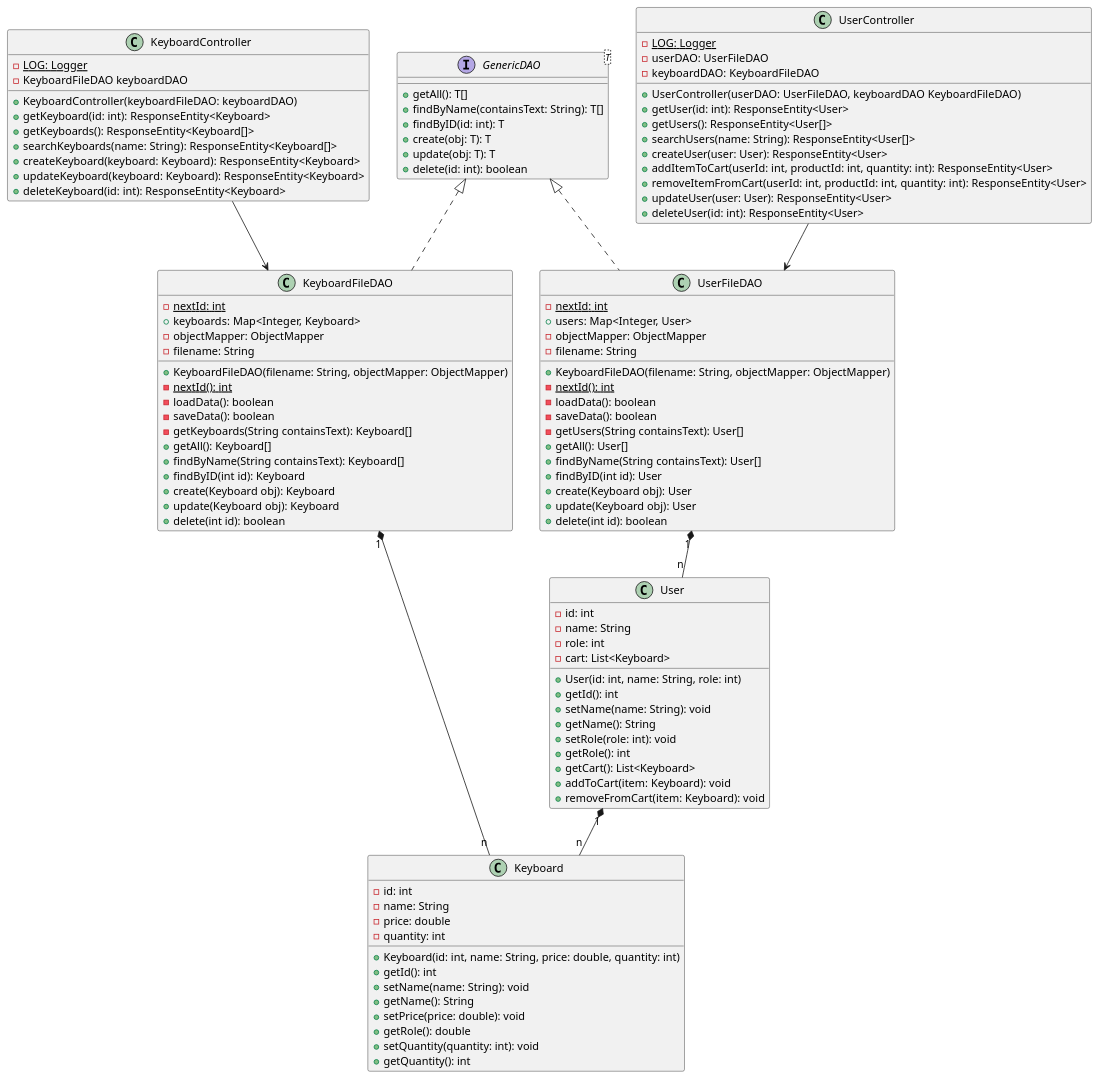
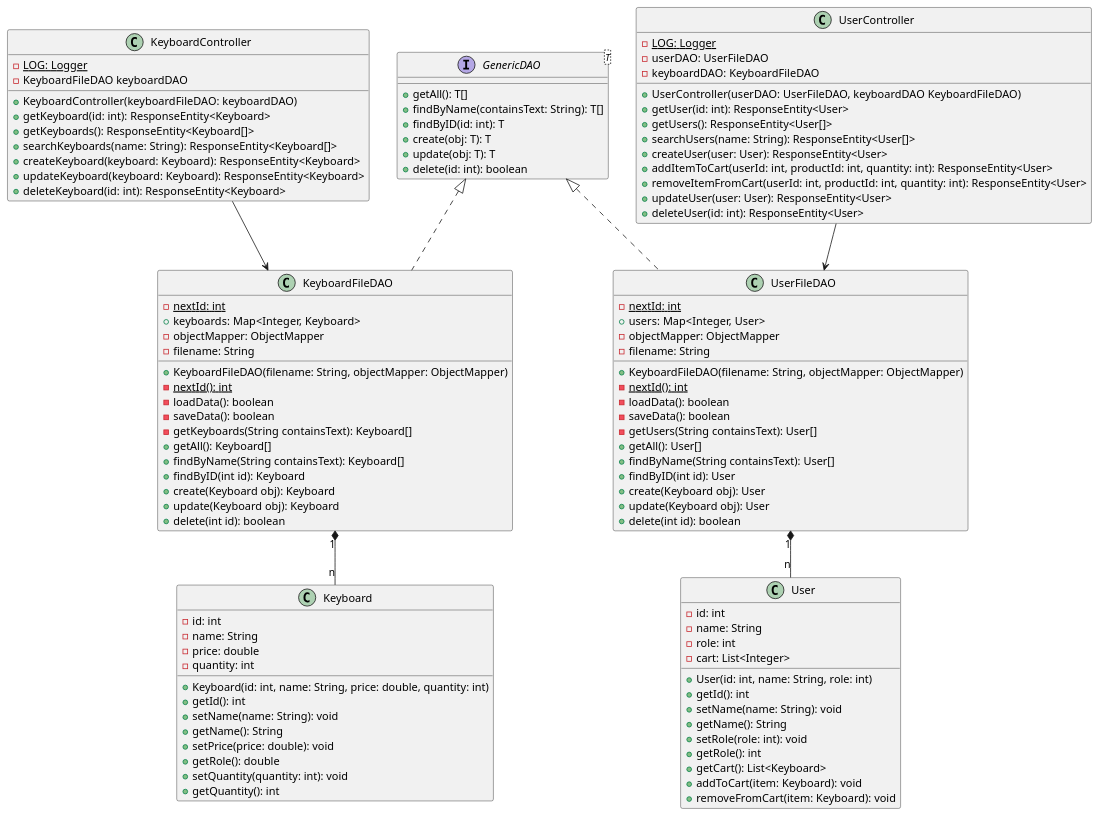
One commit to archturtle/swen261 changed the diagram in docs/diagrams/view_model_classes.puml. Above: the diagram before and after it, drawn with PlantUML. The commit also changed 5 other files, not shown here.

```diff
--- a/docs/diagrams/view_model_classes.puml
+++ b/docs/diagrams/view_model_classes.puml
@@ -1,117 +1,116 @@
-@startuml "View Model Classes"
+@startuml "View_Model_Classes"
 
 class KeyboardController {
   {static} -LOG: Logger
   -KeyboardFileDAO keyboardDAO
   +KeyboardController(keyboardFileDAO: keyboardDAO)
   +getKeyboard(id: int): ResponseEntity<Keyboard>
   +getKeyboards(): ResponseEntity<Keyboard[]>
   +searchKeyboards(name: String): ResponseEntity<Keyboard[]>
   +createKeyboard(keyboard: Keyboard): ResponseEntity<Keyboard>
   +updateKeyboard(keyboard: Keyboard): ResponseEntity<Keyboard>
   +deleteKeyboard(id: int): ResponseEntity<Keyboard>
 }
 
 class UserController {
   {static} -LOG: Logger
   -userDAO: UserFileDAO 
   -keyboardDAO: KeyboardFileDAO 
   +UserController(userDAO: UserFileDAO, keyboardDAO KeyboardFileDAO)
   +getUser(id: int): ResponseEntity<User>
   +getUsers(): ResponseEntity<User[]>
   +searchUsers(name: String): ResponseEntity<User[]>
   +createUser(user: User): ResponseEntity<User> 
   +addItemToCart(userId: int, productId: int, quantity: int): ResponseEntity<User> 
   +removeItemFromCart(userId: int, productId: int, quantity: int): ResponseEntity<User> 
   +updateUser(user: User): ResponseEntity<User> 
   +deleteUser(id: int): ResponseEntity<User> 
 }
 
 interface "GenericDAO<T>" as GenericDAO_t {
   +getAll(): T[]
   +findByName(containsText: String): T[]
   +findByID(id: int): T
   +create(obj: T): T
   +update(obj: T): T
   +delete(id: int): boolean
 }
 
 class KeyboardFileDAO {
   {static} -nextId: int
   +keyboards: Map<Integer, Keyboard>
   -objectMapper: ObjectMapper 
   -filename: String 
 
   +KeyboardFileDAO(filename: String, objectMapper: ObjectMapper)
   {static} -nextId(): int
   -loadData(): boolean
   -saveData(): boolean
   -getKeyboards(String containsText): Keyboard[]
   +getAll(): Keyboard[]
   +findByName(String containsText): Keyboard[]
   +findByID(int id): Keyboard
   +create(Keyboard obj): Keyboard
   +update(Keyboard obj): Keyboard
   +delete(int id): boolean
 }
 
 class UserFileDAO {
   {static} -nextId: int
   +users: Map<Integer, User>
   -objectMapper: ObjectMapper 
   -filename: String 
 
   +KeyboardFileDAO(filename: String, objectMapper: ObjectMapper)
   {static} -nextId(): int
   -loadData(): boolean
   -saveData(): boolean
   -getUsers(String containsText): User[]
   +getAll(): User[]
   +findByName(String containsText): User[]
   +findByID(int id): User
   +create(Keyboard obj): User
   +update(Keyboard obj): User
   +delete(int id): boolean
 }
 
 class Keyboard {
   -id: int
   -name: String
   -price: double
   -quantity: int
   +Keyboard(id: int, name: String, price: double, quantity: int)
   +getId(): int
   +setName(name: String): void
   +getName(): String
   +setPrice(price: double): void
   +getRole(): double
   +setQuantity(quantity: int): void
   +getQuantity(): int
 }
 
 class User {
   -id: int
   -name: String
   -role: int
-  -cart: List<Keyboard>
+  -cart: List<Integer>
   +User(id: int, name: String, role: int)
   +getId(): int
   +setName(name: String): void
   +getName(): String
   +setRole(role: int): void
   +getRole(): int
   +getCart(): List<Keyboard>
   +addToCart(item: Keyboard): void
   +removeFromCart(item: Keyboard): void
 }
 
 
 class KeyboardFileDAO implements GenericDAO_t
 class UserFileDAO implements GenericDAO_t
-User "1" *-- "n" Keyboard
 UserFileDAO "1" *-- "n" User
 KeyboardFileDAO "1" *-- "n" Keyboard
 KeyboardController --> KeyboardFileDAO
 UserController --> UserFileDAO
 
 @enduml
```
